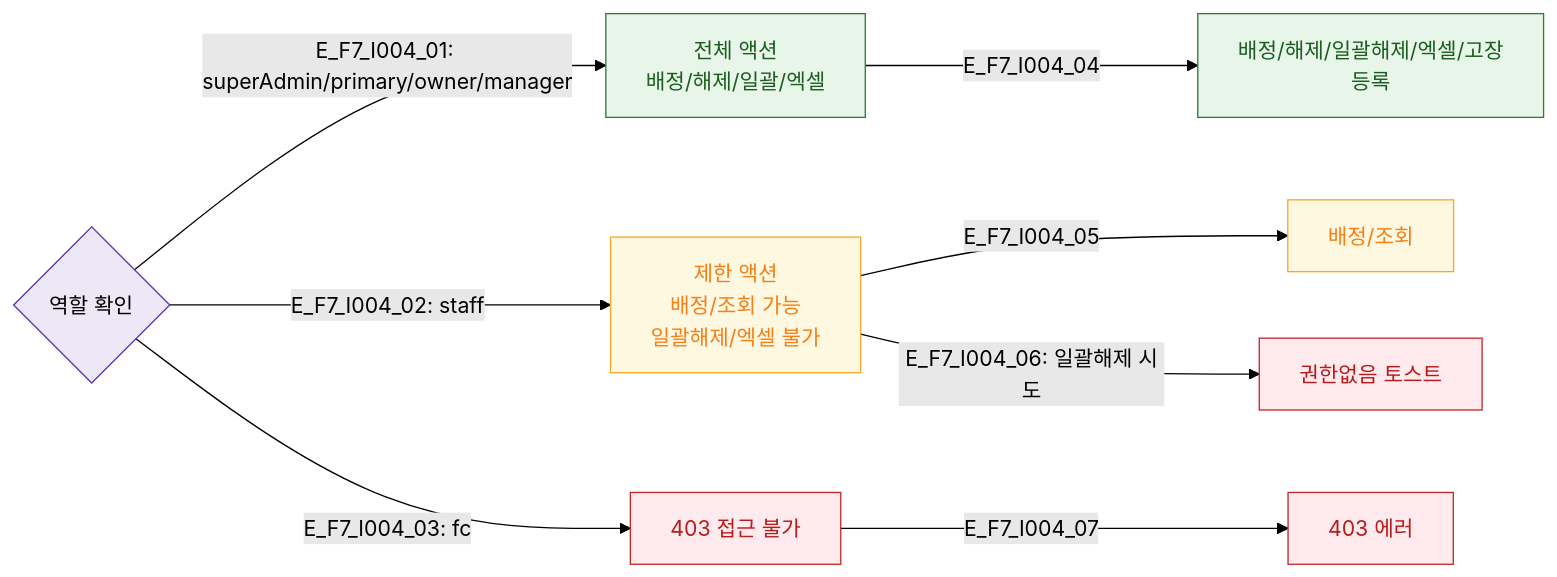
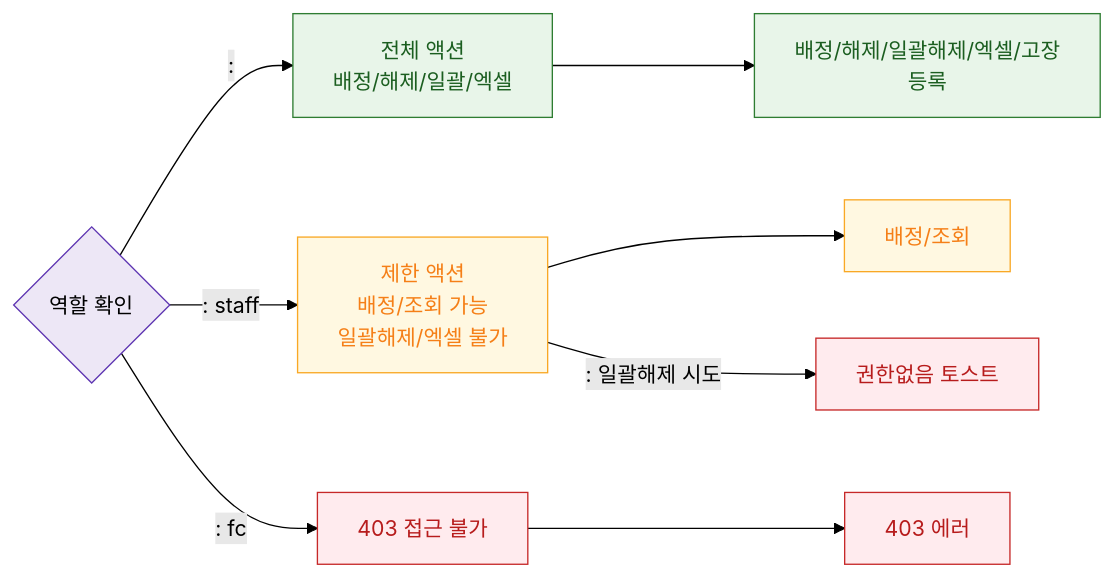
The diagram in docs/다이어그램/D11_통합운영/SCR-I004_옷락커운영관리/F7_권한.md (dev-spogym/admin-pando), drawn with Mermaid (forest theme) before and after one commit. The commit also changed other lines of this file and 1660 other files, not shown here.

First line of the commit message:
다이어그램: 기획자/클라이언트 납품본으로 정리

````diff
--- a/docs/다이어그램/D11_통합운영/SCR-I004_옷락커운영관리/F7_권한.md
+++ b/docs/다이어그램/D11_통합운영/SCR-I004_옷락커운영관리/F7_권한.md
@@ -16,21 +14,21 @@
 ```mermaid
 flowchart LR
     ROLE{역할 확인}
-    ROLE -->|"E_F7_I004_01: superAdmin/primary/owner/manager"| FULL[전체 액션\n배정/해제/일괄/엑셀]
-    ROLE -->|"E_F7_I004_02: staff"| LIMITED[제한 액션\n배정/조회 가능\n일괄해제/엑셀 불가]
-    ROLE -->|"E_F7_I004_03: fc"| BLOCKED[403 접근 불가]
+    ROLE -->|": "|FULL[전체 액션\n배정/해제/일괄/엑셀]
+    ROLE -->|": staff"|LIMITED[제한 액션\n배정/조회 가능\n일괄해제/엑셀 불가]
+    ROLE -->|": fc"|BLOCKED[403 접근 불가]
 
-    FULL -->|E_F7_I004_04| ACT_ALL[배정/해제/일괄해제/엑셀/고장등록]
-    LIMITED -->|E_F7_I004_05| ACT_BASIC[배정/조회]
-    LIMITED -->|"E_F7_I004_06: 일괄해제 시도"| TOAST_BLOCKED[권한없음 토스트]
-    BLOCKED -->|E_F7_I004_07| ERR[403 에러]
+    FULL --> ACT_ALL[배정/해제/일괄해제/엑셀/고장등록]
+    LIMITED --> ACT_BASIC[배정/조회]
+    LIMITED -->|": 일괄해제 시도"|TOAST_BLOCKED[권한없음 토스트]
+    BLOCKED --> ERR[403 에러]
 
-    classDef success      fill:#E8F5E9,stroke:#2E7D32,color:#1B5E20
-    classDef warning      fill:#FFF8E1,stroke:#F9A825,color:#F57F17
-    classDef error        fill:#FFEBEE,stroke:#C62828,color:#B71C1C
-    classDef system       fill:#EDE7F6,stroke:#5E35B2
+    classDef success fill:#E8F5E9,stroke:#2E7D32,color:#1B5E20
+    classDef warning fill:#FFF8E1,stroke:#F9A825,color:#F57F17
+    classDef error fill:#FFEBEE,stroke:#C62828,color:#B71C1C
+    classDef system fill:#EDE7F6,stroke:#5E35B2
     class FULL,ACT_ALL success
     class LIMITED,ACT_BASIC warning
     class BLOCKED,ERR,TOAST_BLOCKED error
     class ROLE system
 ```
````
